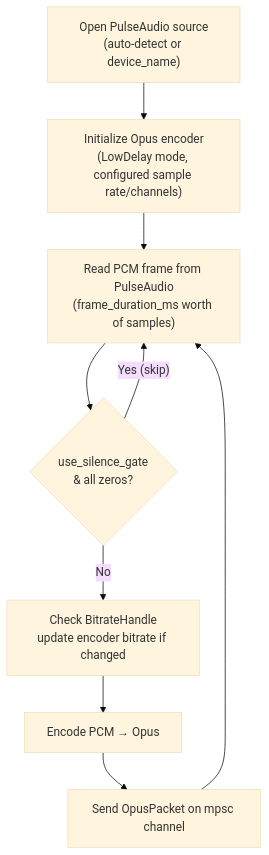
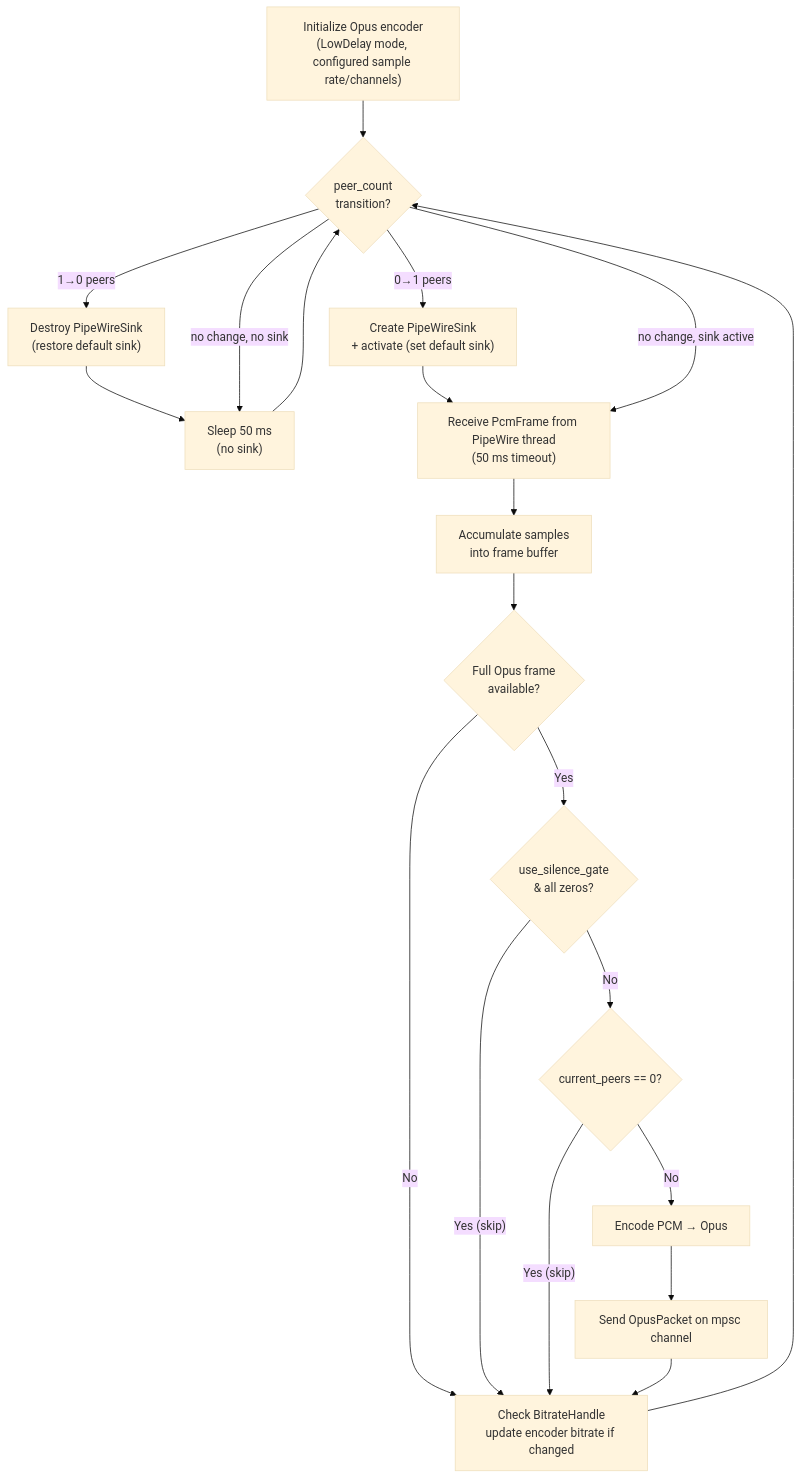
One commit to swedishborgie/lumen changed the diagram in dev-docs/components/lumen-audio.md. Above: the diagram before and after it, drawn with Mermaid (base theme). The commit also changed other lines of this file and 15 other files, not shown here.

````diff
--- a/dev-docs/components/lumen-audio.md
+++ b/dev-docs/components/lumen-audio.md
@@ -71,14 +84,30 @@
 ```mermaid
 flowchart TD
-    Start["Open PulseAudio source\n(auto-detect or device_name)"]
-    Init["Initialize Opus encoder\n(LowDelay mode, configured sample rate/channels)"]
-    Read["Read PCM frame from PulseAudio\n(frame_duration_ms worth of samples)"]
+    Start["Initialize Opus encoder\n(LowDelay mode, configured sample rate/channels)"]
+    PeerCheck{"peer_count\ntransition?"}
+    Create["Create PipeWireSink\n+ activate (set default sink)"]
+    Destroy["Destroy PipeWireSink\n(restore default sink)"]
+    Sleep["Sleep 50 ms\n(no sink)"]
+    Recv["Receive PcmFrame from PipeWire thread\n(50 ms timeout)"]
+    Accum["Accumulate samples\ninto frame buffer"]
+    Full{"Full Opus frame\navailable?"}
     Silence{"use_silence_gate\n& all zeros?"}
+    Idle{"current_peers == 0?"}
     Bitrate["Check BitrateHandle\nupdate encoder bitrate if changed"]
     Encode["Encode PCM → Opus"]
     Send["Send OpusPacket on mpsc channel"]
 
-    Start --> Init --> Read --> Silence
-    Silence -->|"Yes (skip)"| Read
-    Silence -->|"No"| Bitrate --> Encode --> Send --> Read
+    Start --> PeerCheck
+    PeerCheck -->|"0→1 peers"| Create --> Recv
+    PeerCheck -->|"1→0 peers"| Destroy --> Sleep --> PeerCheck
+    PeerCheck -->|"no change, no sink"| Sleep
+    PeerCheck -->|"no change, sink active"| Recv
+    Recv --> Accum --> Full
+    Full -->|"No"| Bitrate
+    Full -->|"Yes"| Silence
+    Silence -->|"Yes (skip)"| Bitrate
+    Silence -->|"No"| Idle
+    Idle -->|"Yes (skip)"| Bitrate
+    Idle -->|"No"| Encode --> Send --> Bitrate
+    Bitrate --> PeerCheck
 ```
````
